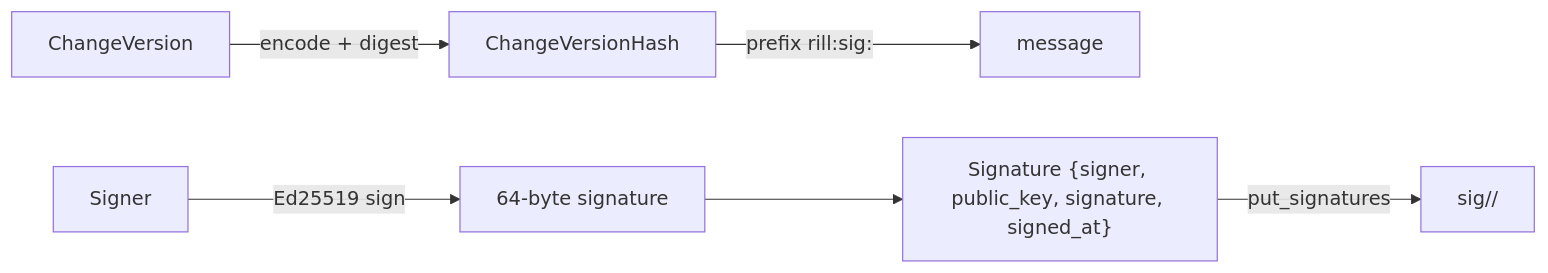
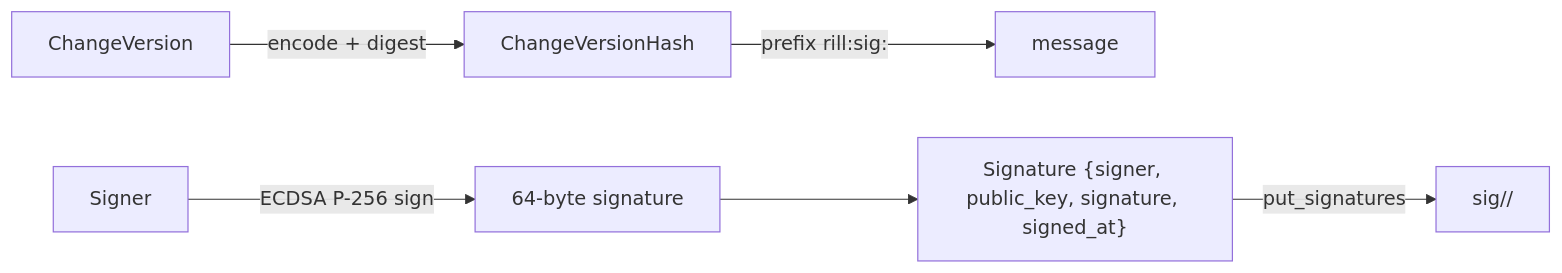
One commit to envoy1084/rill changed the diagram in architecture/05-policy/signing.md. Above: the diagram before and after it, drawn with Mermaid. The commit also changed other lines of this file and 16 other files, not shown here.

````diff
--- a/architecture/05-policy/signing.md
+++ b/architecture/05-policy/signing.md
@@ -18,8 +19,8 @@
 ```mermaid
 flowchart LR
     CV[ChangeVersion] -->|encode + digest| H[ChangeVersionHash]
     H -->|"prefix rill:sig:"| M[message]
-    K[Signer] -->|Ed25519 sign| S[64-byte signature]
+    K[Signer] -->|ECDSA P-256 sign| S[64-byte signature]
     S --> R["Signature {signer, public_key, signature, signed_at}"]
     R -->|put_signatures| ST["sig/<repo>/<hash>"]
 ```
````
